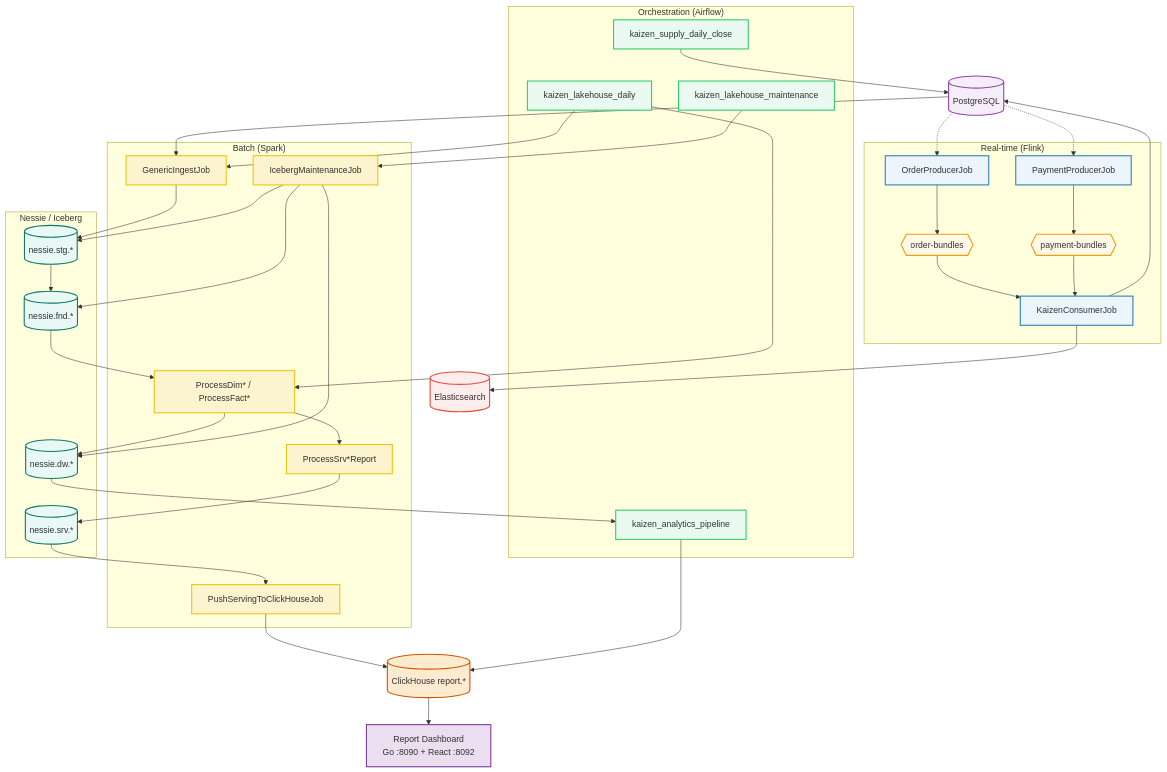
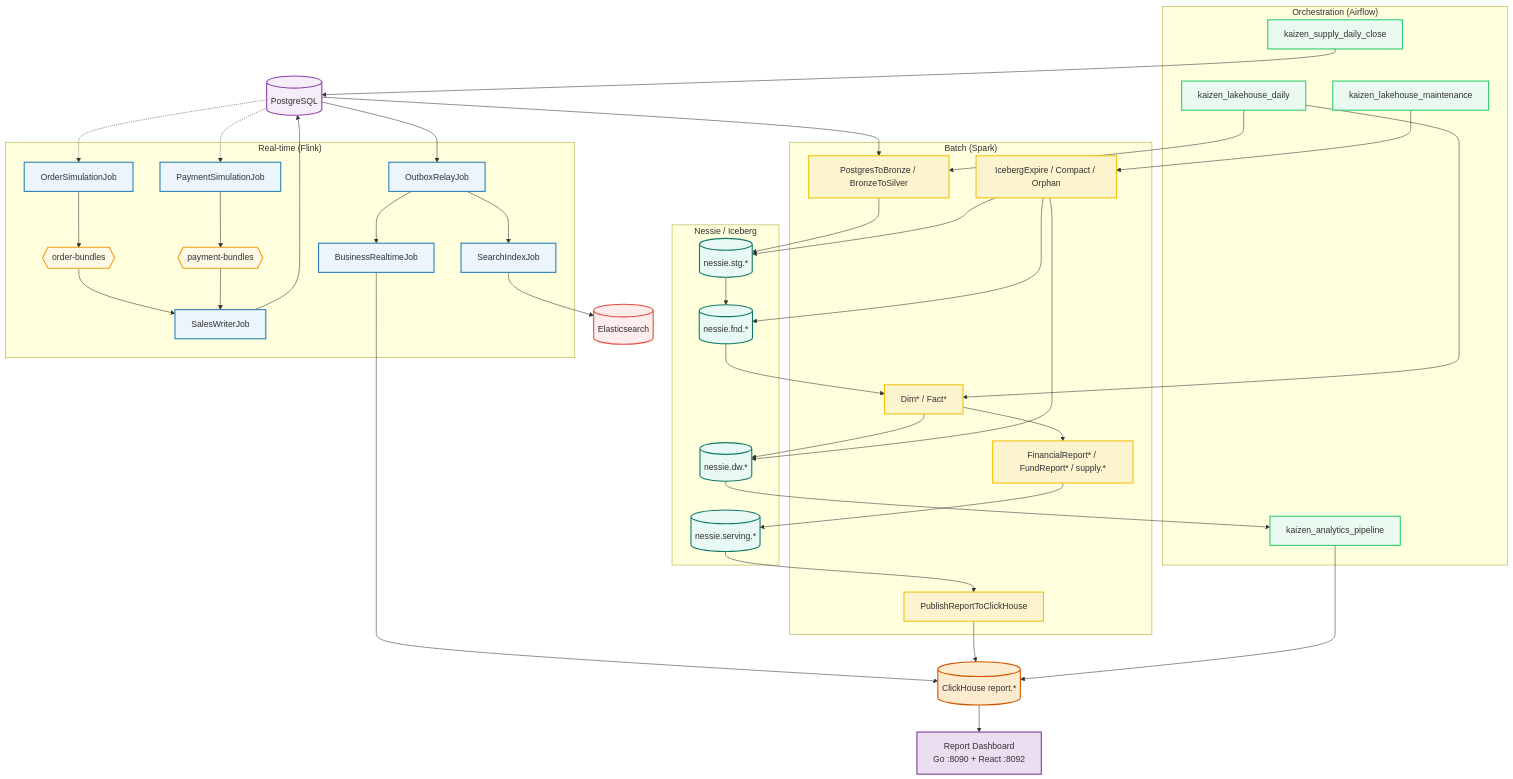
Before and after one commit to tuancaokaizen/kaizen_data_platform: the diagram in README.md, drawn with Mermaid. The commit also changed other lines of this file and 8 other files, not shown here.

```diff
--- a/README.md
+++ b/README.md
@@ -41,13 +41,16 @@
     class PG_RAW postgres;
 
     subgraph STREAM ["Real-time (Flink)"]
-        OP["OrderProducerJob"]
-        PP["PaymentProducerJob"]
-        KC["KaizenConsumerJob"]
+        OS["OrderSimulationJob"]
+        PS["PaymentSimulationJob"]
+        SW["SalesWriterJob"]
+        OR["OutboxRelayJob"]
+        BR["BusinessRealtimeJob"]
+        SI["SearchIndexJob"]
         T_ORDER{{"order-bundles"}}
         T_PAY{{"payment-bundles"}}
     end
-    class OP,PP,KC flink;
+    class OS,PS,SW,OR,BR,SI flink;
     class T_ORDER,T_PAY kafka;
 
     subgraph ORCH ["Orchestration (Airflow)"]
@@ -59,11 +62,11 @@
     class DAG_SIL,DAG_AN,DAG_SUP,DAG_MA airflow;
 
     subgraph BATCH ["Batch (Spark)"]
-        INGEST["GenericIngestJob"]
-        TRANS["ProcessDim* / ProcessFact*"]
-        SRV["ProcessSrv*Report"]
-        PUSH["PushServingToClickHouseJob"]
-        MAINT["IcebergMaintenanceJob"]
+        INGEST["PostgresToBronze / BronzeToSilver"]
+        TRANS["Dim* / Fact*"]
+        SRV["FinancialReport* / FundReport* / supply.*"]
+        PUSH["PublishReportToClickHouse"]
+        MAINT["IcebergExpire / Compact / Orphan"]
     end
     class INGEST,TRANS,SRV,PUSH,MAINT spark;
 
@@ -71,7 +74,7 @@
         STG[("nessie.stg.*")]
         FND[("nessie.fnd.*")]
         DW[("nessie.dw.*")]
-        SRV_TBL[("nessie.srv.*")]
+        SRV_TBL[("nessie.serving.*")]
     end
     class STG,FND,DW,SRV_TBL nessie;
 
@@ -84,12 +87,15 @@
     ES[("Elasticsearch")]
     class ES elastic;
 
-    PG_RAW -.-> OP & PP
-    OP --> T_ORDER
-    PP --> T_PAY
-    T_ORDER & T_PAY --> KC
-    KC --> PG_RAW
-    KC --> ES
+    PG_RAW -.-> OS & PS
+    OS --> T_ORDER
+    PS --> T_PAY
+    T_ORDER & T_PAY --> SW
+    SW --> PG_RAW
+    PG_RAW --> OR
+    OR --> BR & SI
+    BR --> CH
+    SI --> ES
 
     DAG_SIL --> INGEST
     PG_RAW --> INGEST
```
